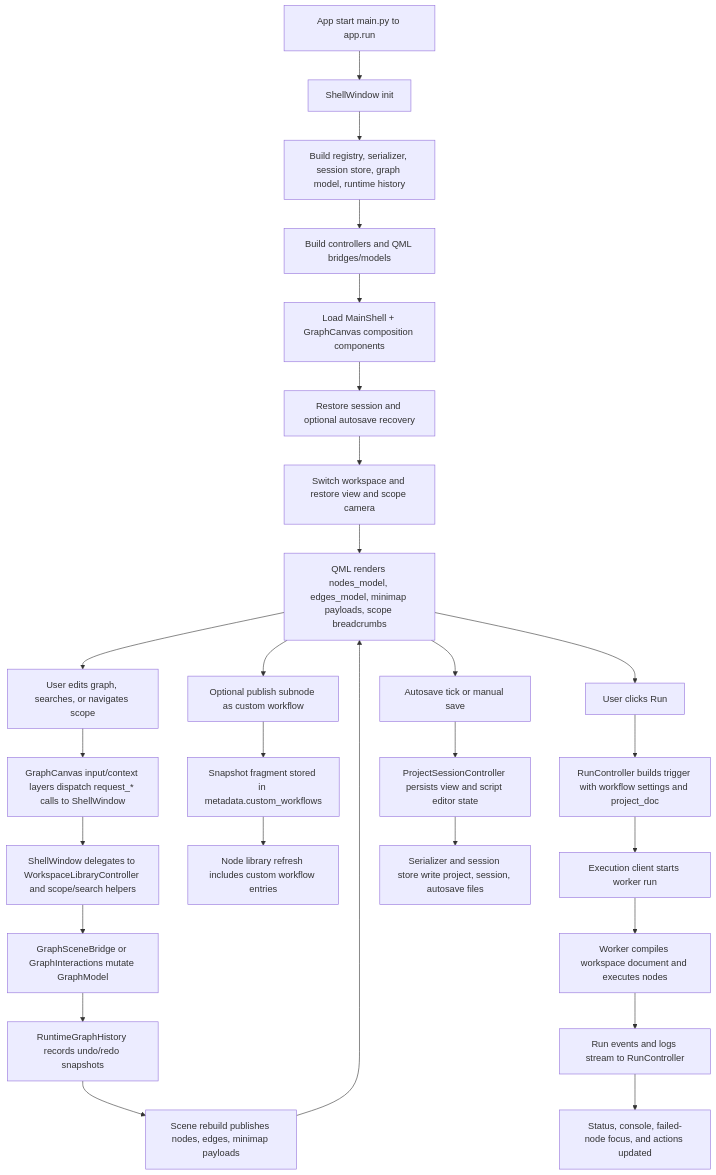
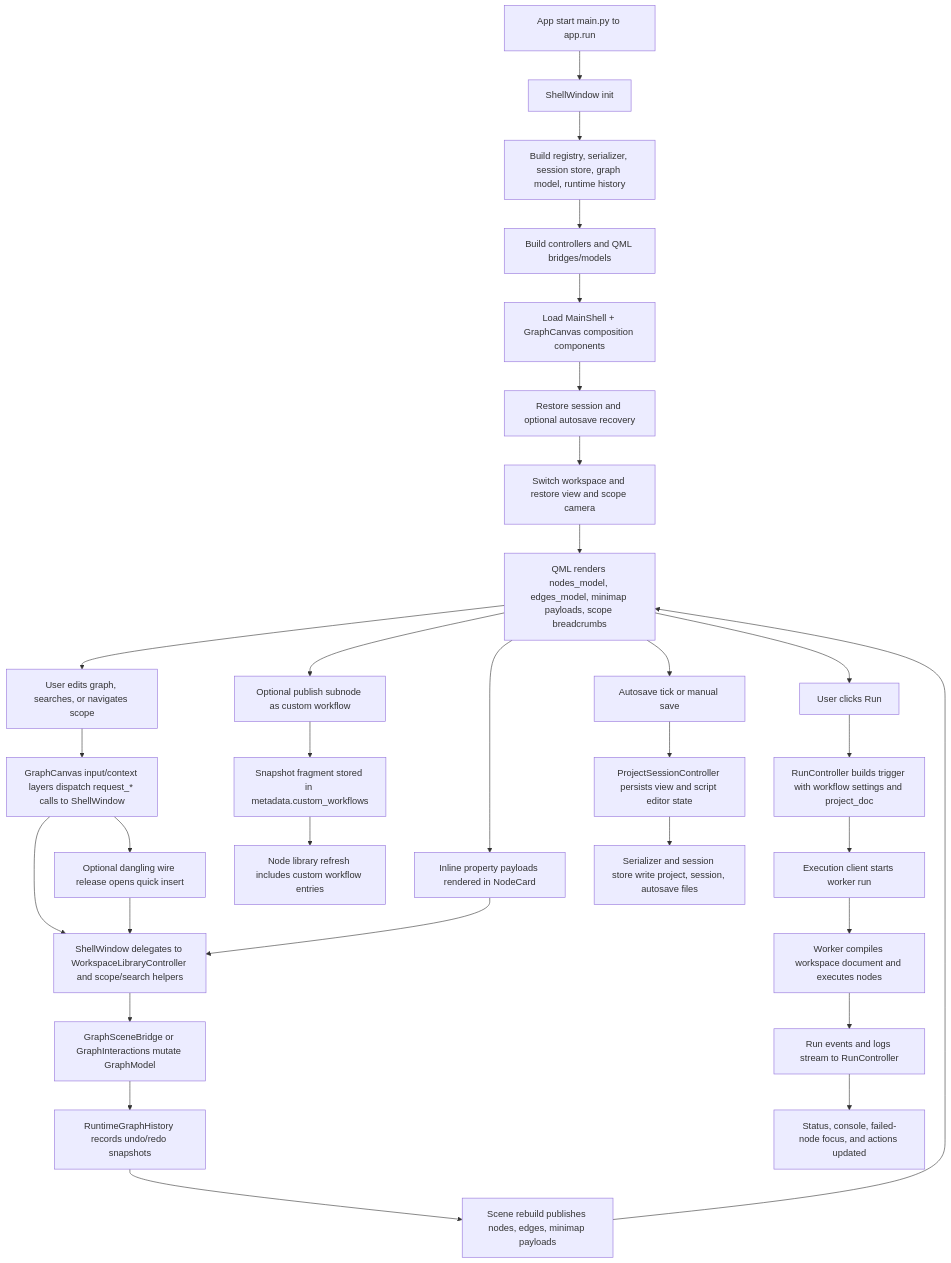
Before and after one commit to emreatay993/EA_Node: the diagram in docs/architecture_diagrams/runtime_pipeline.mmd, drawn with Mermaid. The commit also changed 21 other files, not shown here.

First line of the commit message:
feat: add connection-aware quick insert and inline node editing

```diff
--- a/docs/architecture_diagrams/runtime_pipeline.mmd
+++ b/docs/architecture_diagrams/runtime_pipeline.mmd
@@ -1,31 +1,36 @@
 flowchart TD
     A[App start main.py to app.run] --> B[ShellWindow init]
     B --> C[Build registry, serializer, session store, graph model, runtime history]
     C --> D[Build controllers and QML bridges/models]
     D --> E[Load MainShell + GraphCanvas composition components]
     E --> F[Restore session and optional autosave recovery]
     F --> G[Switch workspace and restore view and scope camera]
     G --> H[QML renders nodes_model, edges_model, minimap payloads, scope breadcrumbs]
 
     H --> I[User edits graph, searches, or navigates scope]
     I --> J[GraphCanvas input/context layers dispatch request_* calls to ShellWindow]
     J --> K[ShellWindow delegates to WorkspaceLibraryController and scope/search helpers]
+    J --> KQ[Optional dangling wire release opens quick insert]
+    KQ --> K
     K --> L[GraphSceneBridge or GraphInteractions mutate GraphModel]
     L --> M[RuntimeGraphHistory records undo/redo snapshots]
     M --> N[Scene rebuild publishes nodes, edges, minimap payloads]
     N --> H
+
+    H --> IQ[Inline property payloads rendered in NodeCard]
+    IQ --> K
 
     H --> O[Optional publish subnode as custom workflow]
     O --> P[Snapshot fragment stored in metadata.custom_workflows]
     P --> Q[Node library refresh includes custom workflow entries]
 
     H --> R[User clicks Run]
     R --> S[RunController builds trigger with workflow settings and project_doc]
     S --> T[Execution client starts worker run]
     T --> U[Worker compiles workspace document and executes nodes]
     U --> V[Run events and logs stream to RunController]
     V --> W[Status, console, failed-node focus, and actions updated]
 
     H --> X[Autosave tick or manual save]
     X --> Y[ProjectSessionController persists view and script editor state]
     Y --> Z[Serializer and session store write project, session, autosave files]
```
